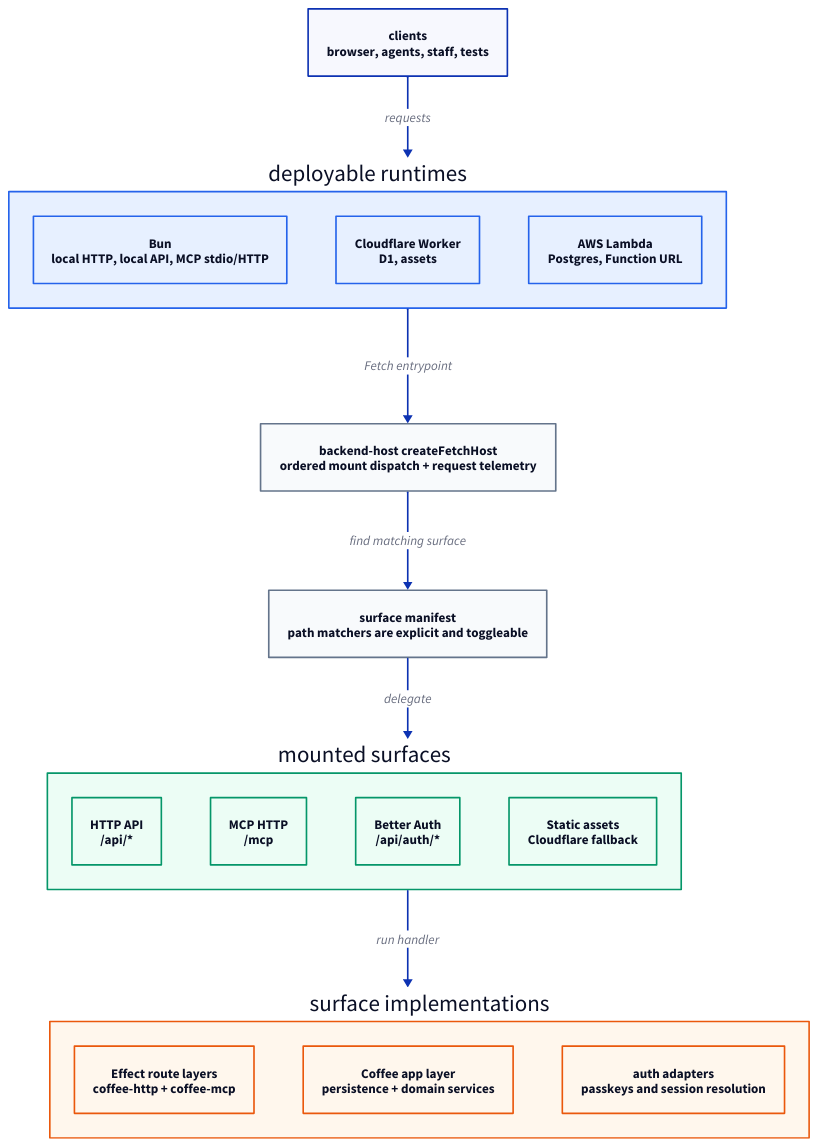
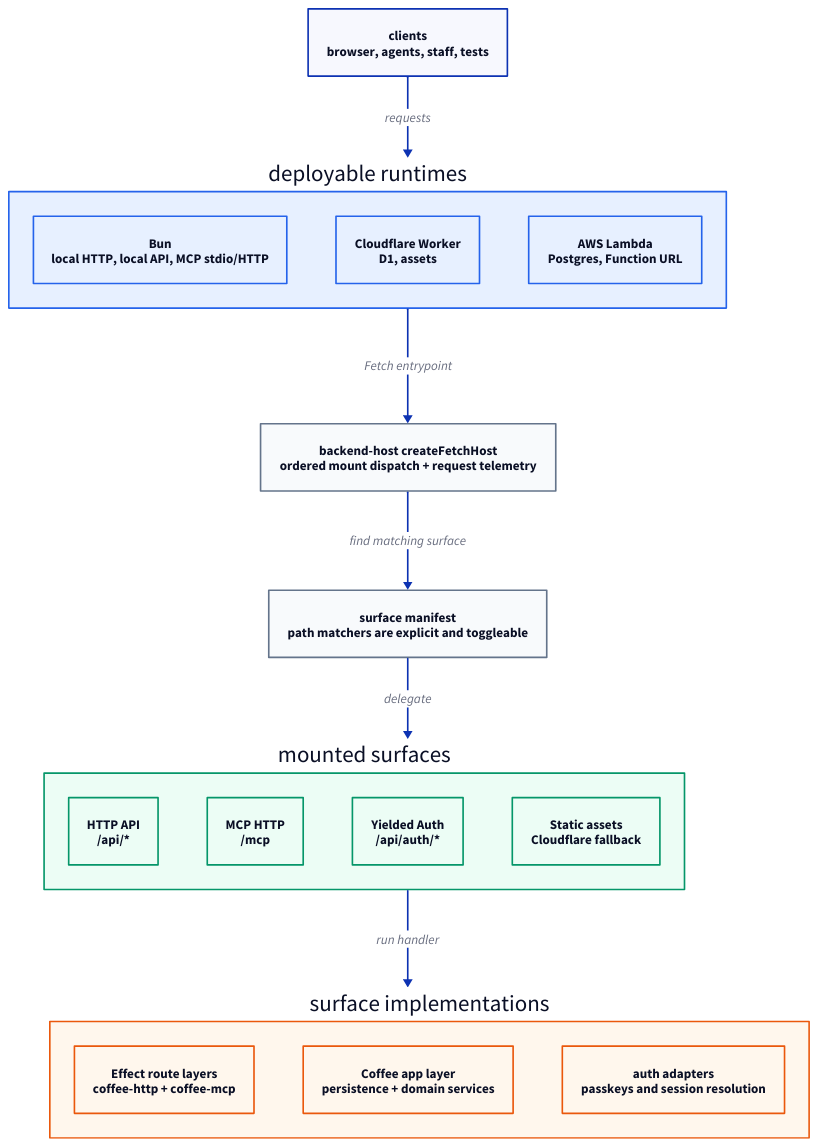
One commit to kevinmichaelchen/effect-coffee-shop changed the diagram in docs/architecture/backend-runtime-surfaces.d2. Above: the diagram before and after it, drawn with D2. The commit also changed 96 other files, not shown here.

```diff
--- a/docs/architecture/backend-runtime-surfaces.d2
+++ b/docs/architecture/backend-runtime-surfaces.d2
@@ -1,78 +1,78 @@
 direction: down
 
 classes: {
   runtime: {
     style.fill: "#E7F0FF"
     style.stroke: "#2563EB"
   }
   host: {
     style.fill: "#F8FAFC"
     style.stroke: "#64748B"
   }
   surface: {
     style.fill: "#ECFDF5"
     style.stroke: "#059669"
   }
   implementation: {
     style.fill: "#FFF7ED"
     style.stroke: "#EA580C"
   }
 }
 
 clients: "clients\nbrowser, agents, staff, tests"
 
 runtimes: "deployable runtimes" {
   class: runtime
   bun: "Bun\nlocal HTTP, local API, MCP stdio/HTTP" {
     class: runtime
   }
   cloudflare: "Cloudflare Worker\nD1, assets" {
     class: runtime
   }
   aws: "AWS Lambda\nPostgres, Function URL" {
     class: runtime
   }
 }
 
 fetch_host: "backend-host createFetchHost\nordered mount dispatch + request telemetry" {
   class: host
 }
 
 mount_manifest: "surface manifest\npath matchers are explicit and toggleable" {
   class: host
 }
 
 surfaces: "mounted surfaces" {
   class: surface
   api: "HTTP API\n/api/*" {
     class: surface
   }
   mcp: "MCP HTTP\n/mcp" {
     class: surface
   }
-  auth: "Better Auth\n/api/auth/*" {
+  auth: "Yielded Auth\n/api/auth/*" {
     class: surface
   }
   assets: "Static assets\nCloudflare fallback" {
     class: surface
   }
 }
 
 implementations: "surface implementations" {
   class: implementation
   route_layers: "Effect route layers\ncoffee-http + coffee-mcp" {
     class: implementation
   }
   app_layer: "Coffee app layer\npersistence + domain services" {
     class: implementation
   }
   auth: "auth adapters\npasskeys and session resolution" {
     class: implementation
   }
 }
 
 clients -> runtimes: "requests"
 runtimes -> fetch_host: "Fetch entrypoint"
 fetch_host -> mount_manifest: "find matching surface"
 mount_manifest -> surfaces: "delegate"
 surfaces -> implementations: "run handler"
```
